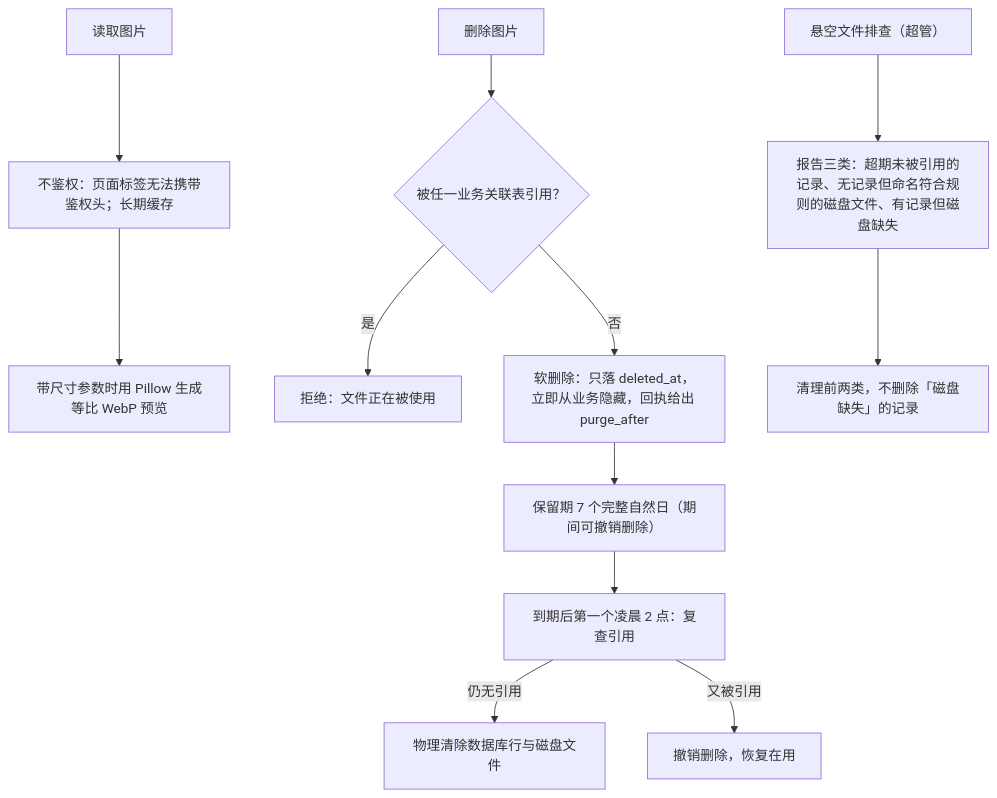
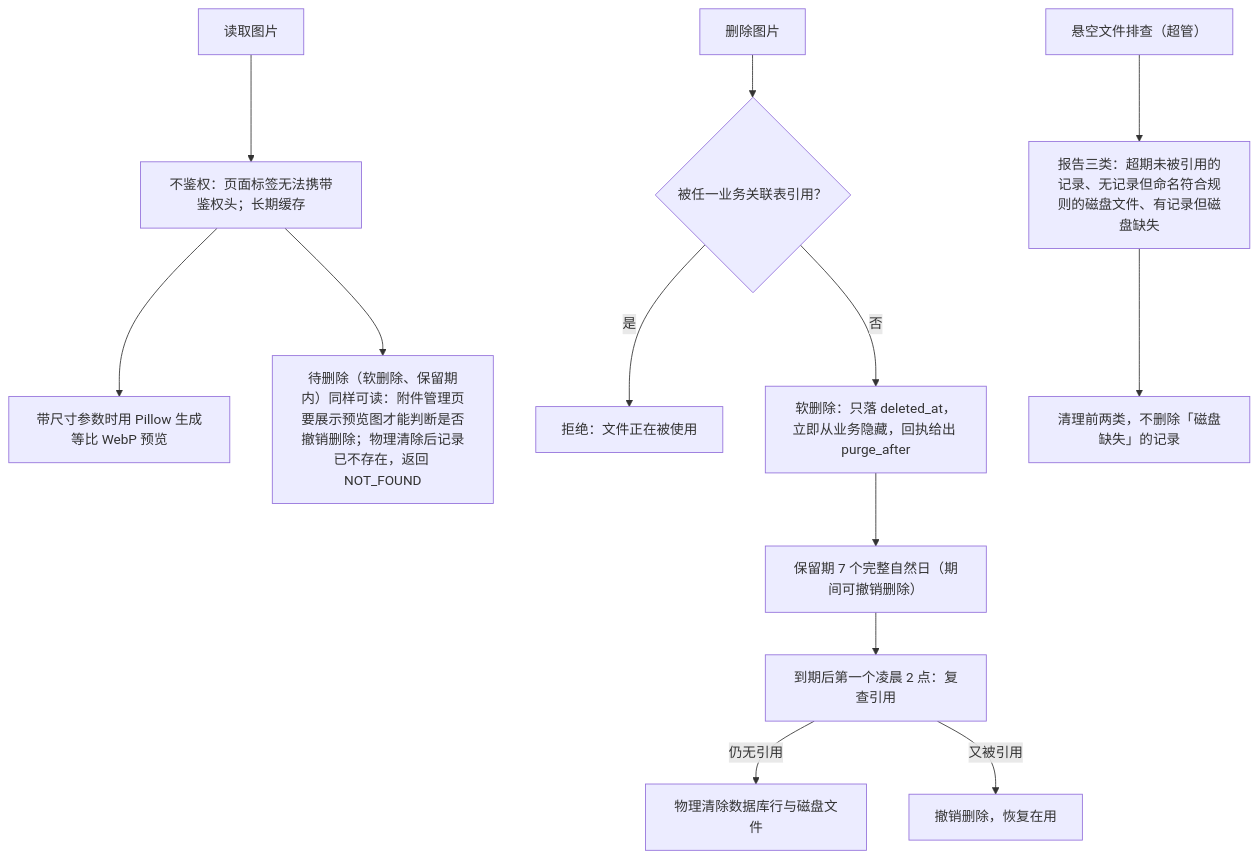
Before and after one commit to Sakana-1314/Electrical-Manager: diagram 21 of 31 in docs/websites/pages/dev-flows.md, drawn with Mermaid. The commit also changed 7 other files, not shown here.

Commit message:
feat: 待删除附件也展示预览图，保留期内图片可读 (#363)

````diff
--- a/docs/websites/pages/dev-flows.md
+++ b/docs/websites/pages/dev-flows.md
@@ -351,14 +351,15 @@
 ```mermaid
 flowchart TD
     A["读取图片"] --> B["不鉴权：页面标签无法携带鉴权头；长期缓存"]
     B --> C["带尺寸参数时用 Pillow 生成等比 WebP 预览"]
+    B --> B1["待删除（软删除、保留期内）同样可读：附件管理页要展示预览图才能判断是否撤销删除；物理清除后记录已不存在，返回 NOT_FOUND"]
     D["删除图片"] --> E{"被任一业务关联表引用？"}
     E -- "是" --> F["拒绝：文件正在被使用"]
     E -- "否" --> G["软删除：只落 deleted_at，立即从业务隐藏，回执给出 purge_after"]
     G --> G1["保留期 7 个完整自然日（期间可撤销删除）"]
     G1 --> G2["到期后第一个凌晨 2 点：复查引用"]
     G2 -- "仍无引用" --> G3["物理清除数据库行与磁盘文件"]
     G2 -- "又被引用" --> G4["撤销删除，恢复在用"]
     H["悬空文件排查（超管）"] --> I["报告三类：超期未被引用的记录、无记录但命名符合规则的磁盘文件、有记录但磁盘缺失"]
     I --> J["清理前两类，不删除「磁盘缺失」的记录"]
 ```
````
